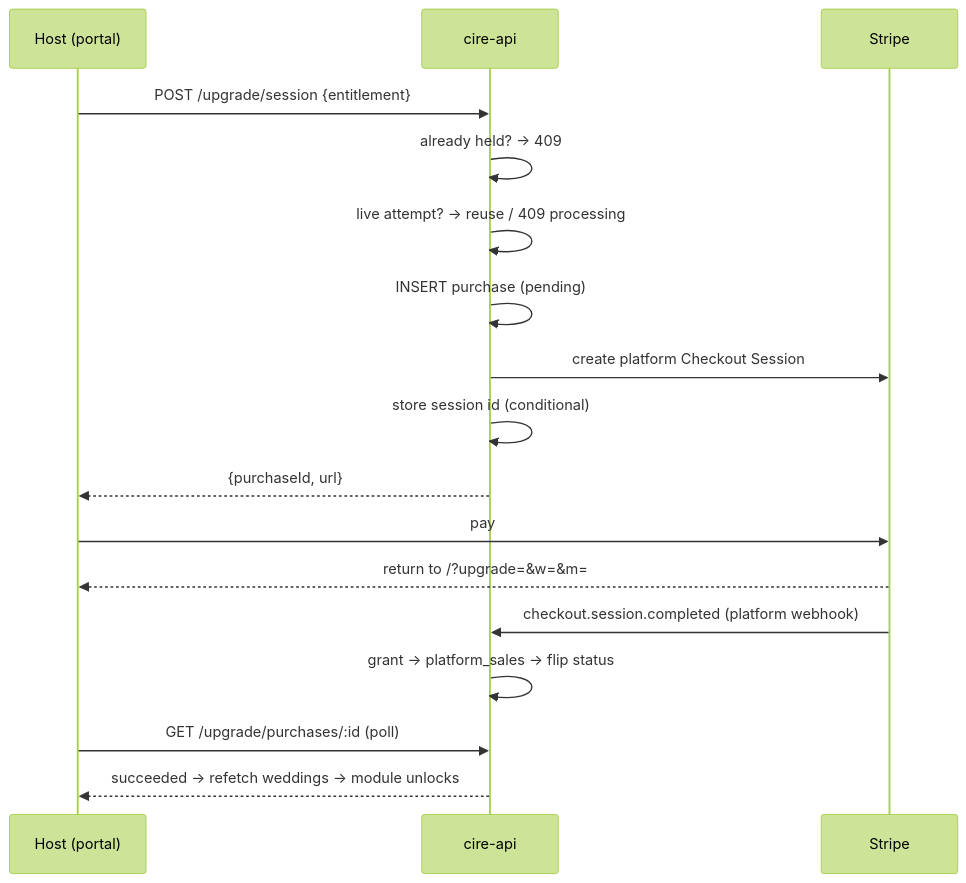
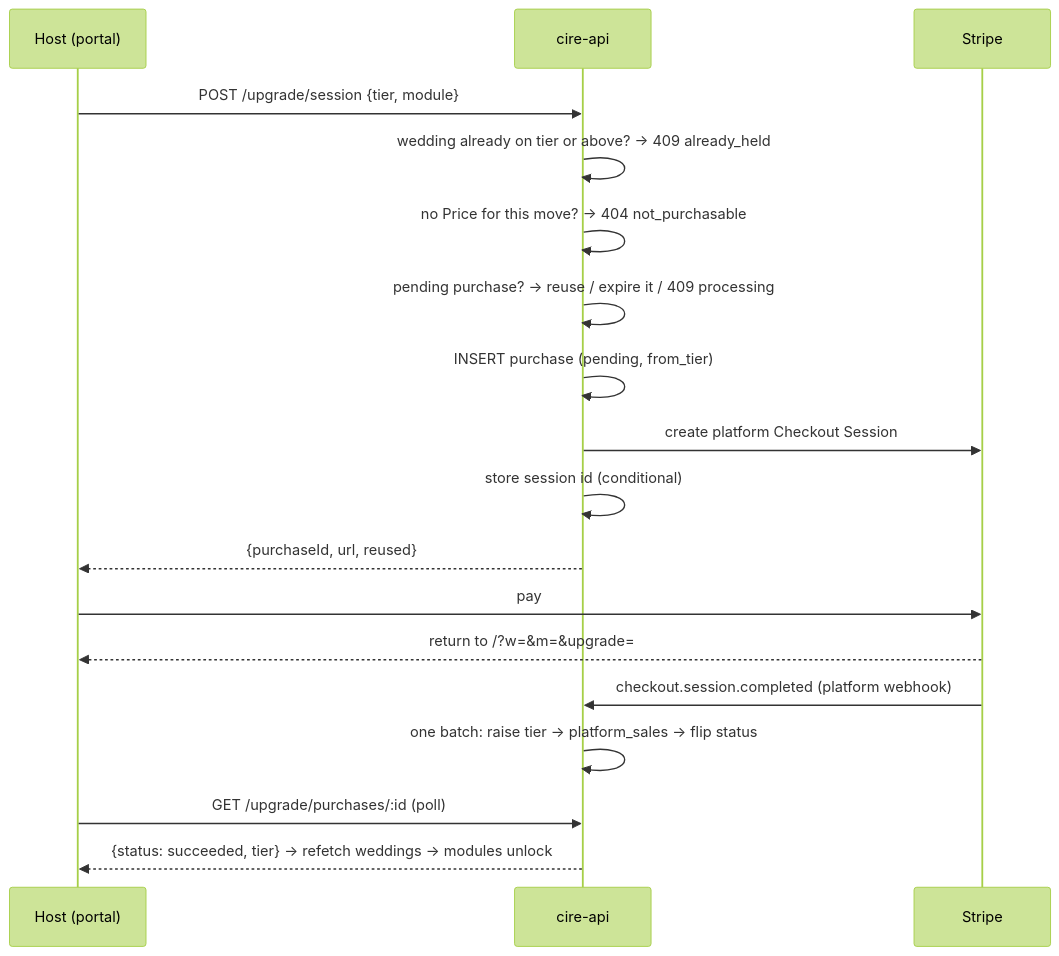
One commit to englishstreetventures/osn changed the diagram in wiki/cire/cire-upgrades.md. Above: the diagram before and after it, drawn with Mermaid (forest theme). The commit also changed other lines of this file and 21 other files, not shown here.

````diff
--- a/wiki/cire/cire-upgrades.md
+++ b/wiki/cire/cire-upgrades.md
@@ -49,19 +64,20 @@
 ```mermaid
 sequenceDiagram
     participant H as Host (portal)
     participant A as cire-api
     participant S as Stripe
-    H->>A: POST /upgrade/session {entitlement}
-    A->>A: already held? → 409
-    A->>A: live attempt? → reuse / 409 processing
-    A->>A: INSERT purchase (pending)
+    H->>A: POST /upgrade/session {tier, module}
+    A->>A: wedding already on tier or above? → 409 already_held
+    A->>A: no Price for this move? → 404 not_purchasable
+    A->>A: pending purchase? → reuse / expire it / 409 processing
+    A->>A: INSERT purchase (pending, from_tier)
     A->>S: create platform Checkout Session
     A->>A: store session id (conditional)
-    A-->>H: {purchaseId, url}
+    A-->>H: {purchaseId, url, reused}
     H->>S: pay
-    S-->>H: return to /?upgrade=&w=&m=
+    S-->>H: return to /?w=&m=&upgrade=
     S->>A: checkout.session.completed (platform webhook)
-    A->>A: grant → platform_sales → flip status
+    A->>A: one batch: raise tier → platform_sales → flip status
     H->>A: GET /upgrade/purchases/:id (poll)
-    A-->>H: succeeded → refetch weddings → module unlocks
+    A-->>H: {status: succeeded, tier} → refetch weddings → modules unlock
 ```
````
